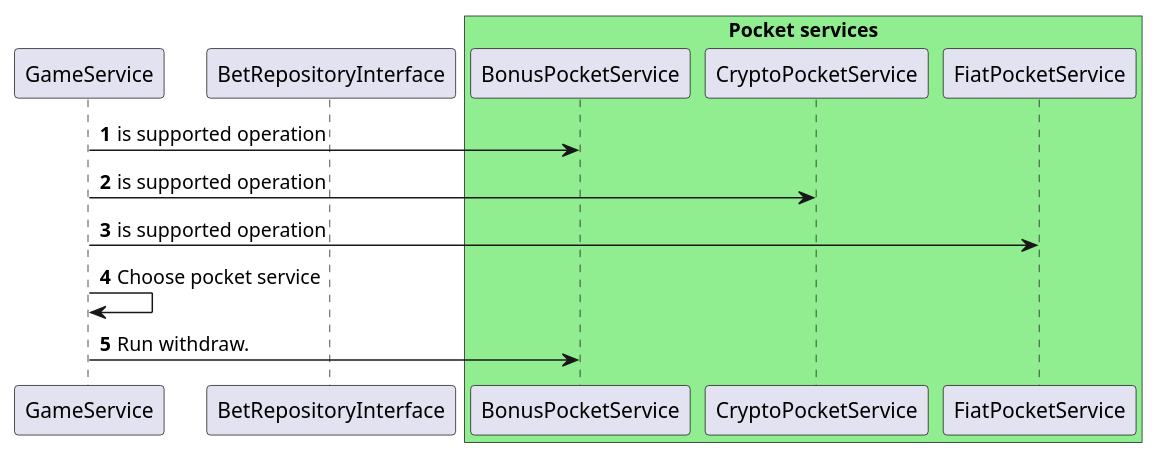
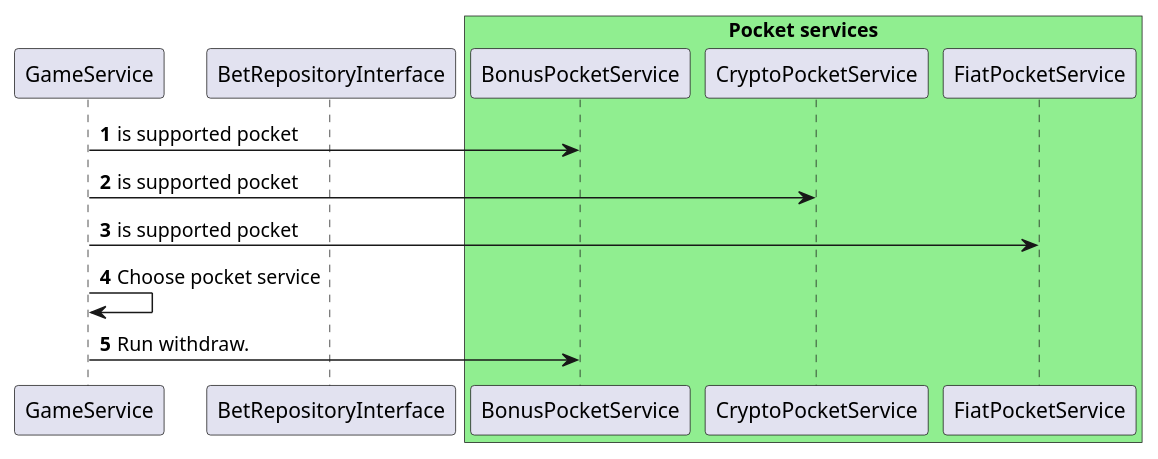
Before and after one commit to SukachVitally/test_game_pocket: the diagram in docs/WithdrawSequenceDiagram.puml, drawn with PlantUML. The commit also changed 5 other files, not shown here.

Commit message:
Small diagram improvemenents

```diff
--- a/docs/WithdrawSequenceDiagram.puml
+++ b/docs/WithdrawSequenceDiagram.puml
@@ -1,19 +1,19 @@
 @startuml
 'https://plantuml.com/sequence-diagram
 
 autonumber
 participant GameService as gs
 participant BetRepositoryInterface
 box "Pocket services" #LightGreen
     participant BonusPocketService
     participant CryptoPocketService
     participant FiatPocketService
 end box
 
-gs -> BonusPocketService: is supported operation
-gs -> CryptoPocketService: is supported operation
-gs -> FiatPocketService: is supported operation
+gs -> BonusPocketService: is supported pocket
+gs -> CryptoPocketService: is supported pocket
+gs -> FiatPocketService: is supported pocket
 gs -> gs: Choose pocket service
 gs -> BonusPocketService: Run withdraw.
 
 @enduml
```
